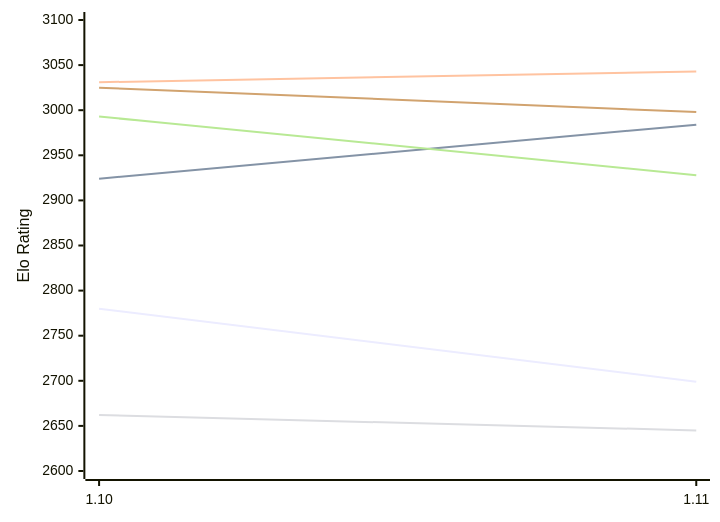
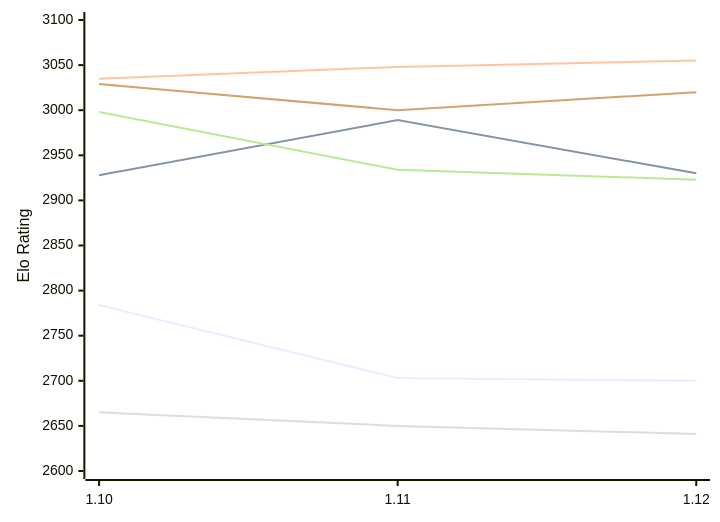
The first of 2 diagrams in engines/Roc.md (computer-chess-index/cci), drawn with Mermaid before and after one commit. The commit also changed other lines of this file, not shown here.

Commit message:
Update CCI Ratings (ELO VLTC) - 2026-11-20

````diff
--- a/engines/Roc.md
+++ b/engines/Roc.md
@@ -50,12 +52,12 @@
 ```mermaid
 %%{init: {"theme":"base","themeVariables":{"seriesColors:['#a3a3a3','#222221','#faa371']}}}%%
 xychart-beta
-  x-axis ["1.10", "1.11"]
+  x-axis ["1.10", "1.11", "1.12"]
   y-axis "Elo Rating" 2600 --> 3100
-  line "E1: STC (8.0+0.08s)" [2780, 2699]
-  line "E1: LTC (60.0+0.60s)" [2924, 2984]
-  line "E1: VLTC (2m24s+1.12s)" [3031, 3043]
-  line "P1: STC (8.0+0.08s)" [2662, 2645]
-  line "P1: LTC (60.0+0.60s)" [2993, 2928]
-  line "P1: VLTC (2m24s+1.12s)" [3025, 2998]
+  line "E1: STC (8.0+0.08s)" [2784, 2703, 2700]
+  line "E1: LTC (60.0+0.60s)" [2928, 2989, 2930]
+  line "E1: VLTC (2m24s+1.12s)" [3035, 3048, 3055]
+  line "P1: STC (8.0+0.08s)" [2665, 2650, 2641]
+  line "P1: LTC (60.0+0.60s)" [2998, 2934, 2923]
+  line "P1: VLTC (2m24s+1.12s)" [3029, 3000, 3020]
 ```
````
